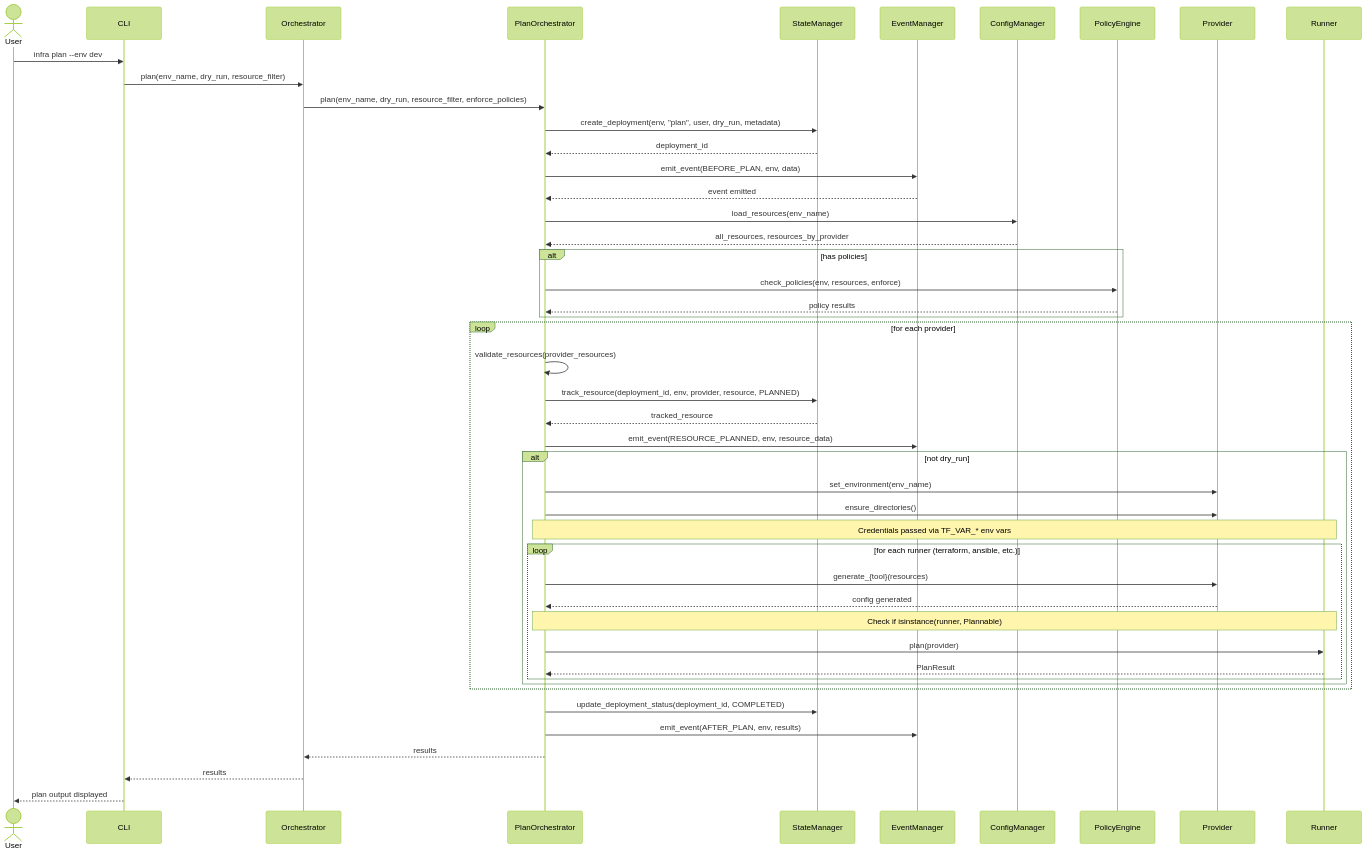
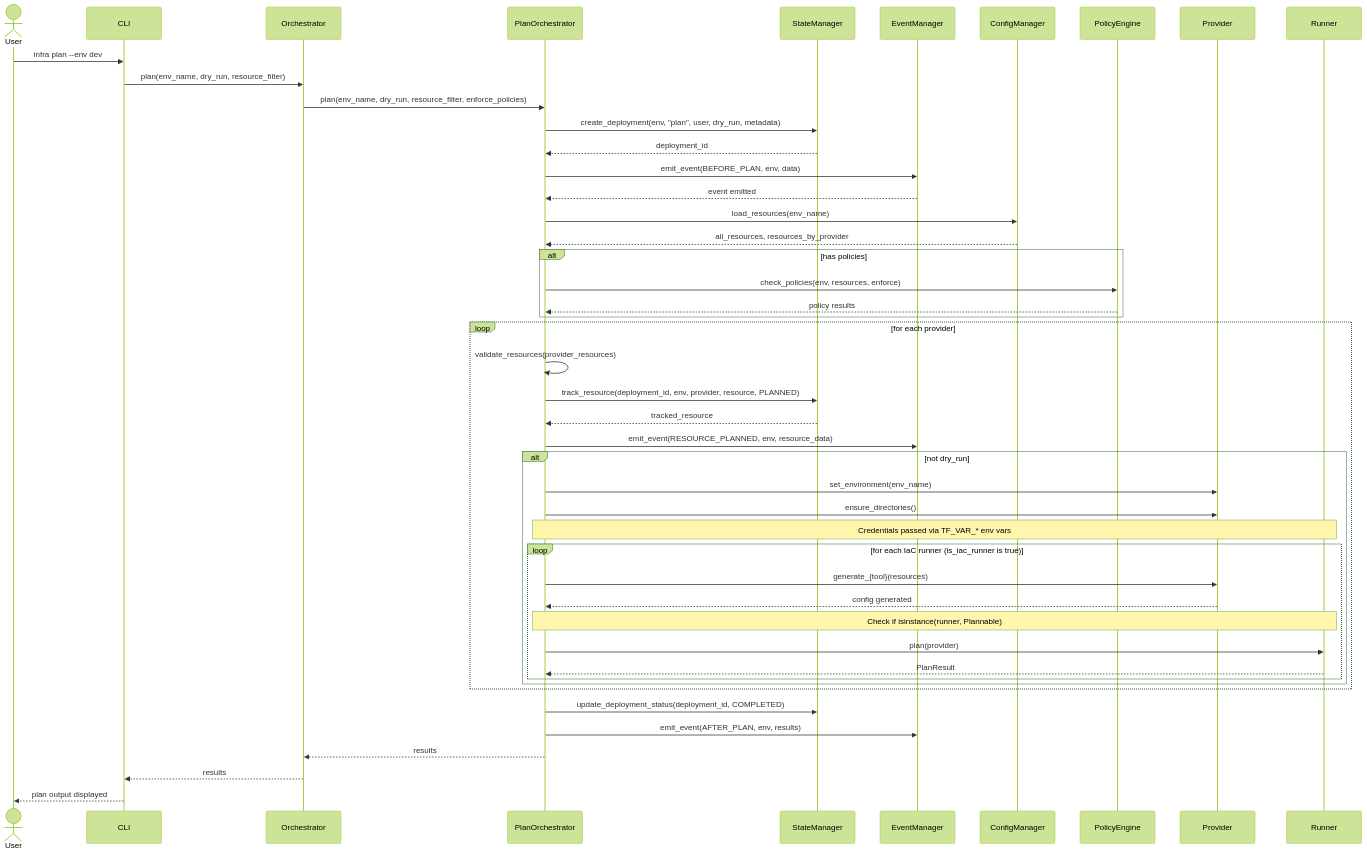
The first of 3 diagrams in docs/architecture/orchestrator-architecture.md (endavis/infrafoundry), drawn with Mermaid (forest theme) before and after one commit. The commit also changed other lines of this file and 12 other files, not shown here.

````diff
--- a/docs/architecture/orchestrator-architecture.md
+++ b/docs/architecture/orchestrator-architecture.md
@@ -63,63 +66,63 @@
 ```mermaid
 sequenceDiagram
     actor User
     participant CLI
     participant Orchestrator
     participant PlanOrchestrator
     participant StateManager
     participant EventManager
     participant ConfigManager
     participant PolicyEngine
     participant Provider
     participant Runner
 
     User->>CLI: infra plan --env dev
     CLI->>Orchestrator: plan(env_name, dry_run, resource_filter)
     Orchestrator->>PlanOrchestrator: plan(env_name, dry_run, resource_filter, enforce_policies)
 
     PlanOrchestrator->>StateManager: create_deployment(env, "plan", user, dry_run, metadata)
     StateManager-->>PlanOrchestrator: deployment_id
 
     PlanOrchestrator->>EventManager: emit_event(BEFORE_PLAN, env, data)
     EventManager-->>PlanOrchestrator: event emitted
 
     PlanOrchestrator->>ConfigManager: load_resources(env_name)
     ConfigManager-->>PlanOrchestrator: all_resources, resources_by_provider
 
     alt has policies
         PlanOrchestrator->>PolicyEngine: check_policies(env, resources, enforce)
         PolicyEngine-->>PlanOrchestrator: policy results
     end
 
     loop for each provider
         PlanOrchestrator->>PlanOrchestrator: validate_resources(provider_resources)
 
         PlanOrchestrator->>StateManager: track_resource(deployment_id, env, provider, resource, PLANNED)
         StateManager-->>PlanOrchestrator: tracked_resource
 
         PlanOrchestrator->>EventManager: emit_event(RESOURCE_PLANNED, env, resource_data)
 
         alt not dry_run
             PlanOrchestrator->>Provider: set_environment(env_name)
             PlanOrchestrator->>Provider: ensure_directories()
 
             Note over PlanOrchestrator,Runner: Credentials passed via TF_VAR_* env vars
 
-            loop for each runner (terraform, ansible, etc.)
+            loop for each IaC runner (is_iac_runner is true)
                 PlanOrchestrator->>Provider: generate_{tool}(resources)
                 Provider-->>PlanOrchestrator: config generated
 
                 Note over PlanOrchestrator,Runner: Check if isinstance(runner, Plannable)
                 PlanOrchestrator->>Runner: plan(provider)
                 Runner-->>PlanOrchestrator: PlanResult
             end
         end
     end
 
     PlanOrchestrator->>StateManager: update_deployment_status(deployment_id, COMPLETED)
     PlanOrchestrator->>EventManager: emit_event(AFTER_PLAN, env, results)
 
     PlanOrchestrator-->>Orchestrator: results
     Orchestrator-->>CLI: results
     CLI-->>User: plan output displayed
 ```
````
